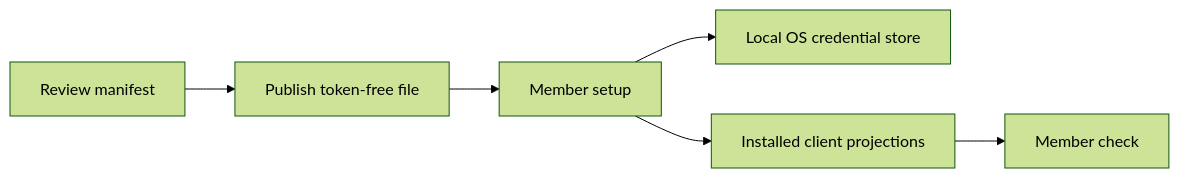
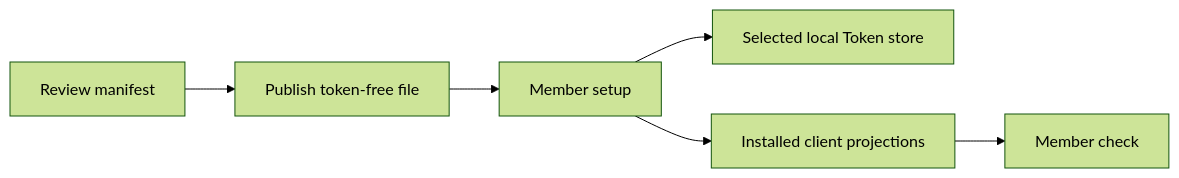
One commit to HengYangDS/aigw-cli changed the diagram in docs/guides/team-rollout.md. Above: the diagram before and after it, drawn with Mermaid (forest theme). The commit also changed other lines of this file and 26 other files, not shown here.

````diff
--- a/docs/guides/team-rollout.md
+++ b/docs/guides/team-rollout.md
@@ -6,8 +6,8 @@
 ```mermaid
 flowchart LR
     R["Review manifest"] --> P["Publish token-free file"]
     P --> S["Member setup"]
-    S --> K["Local OS credential store"]
+    S --> K["Selected local Token store"]
     S --> C["Installed client projections"]
     C --> V["Member check"]
 ```
````
